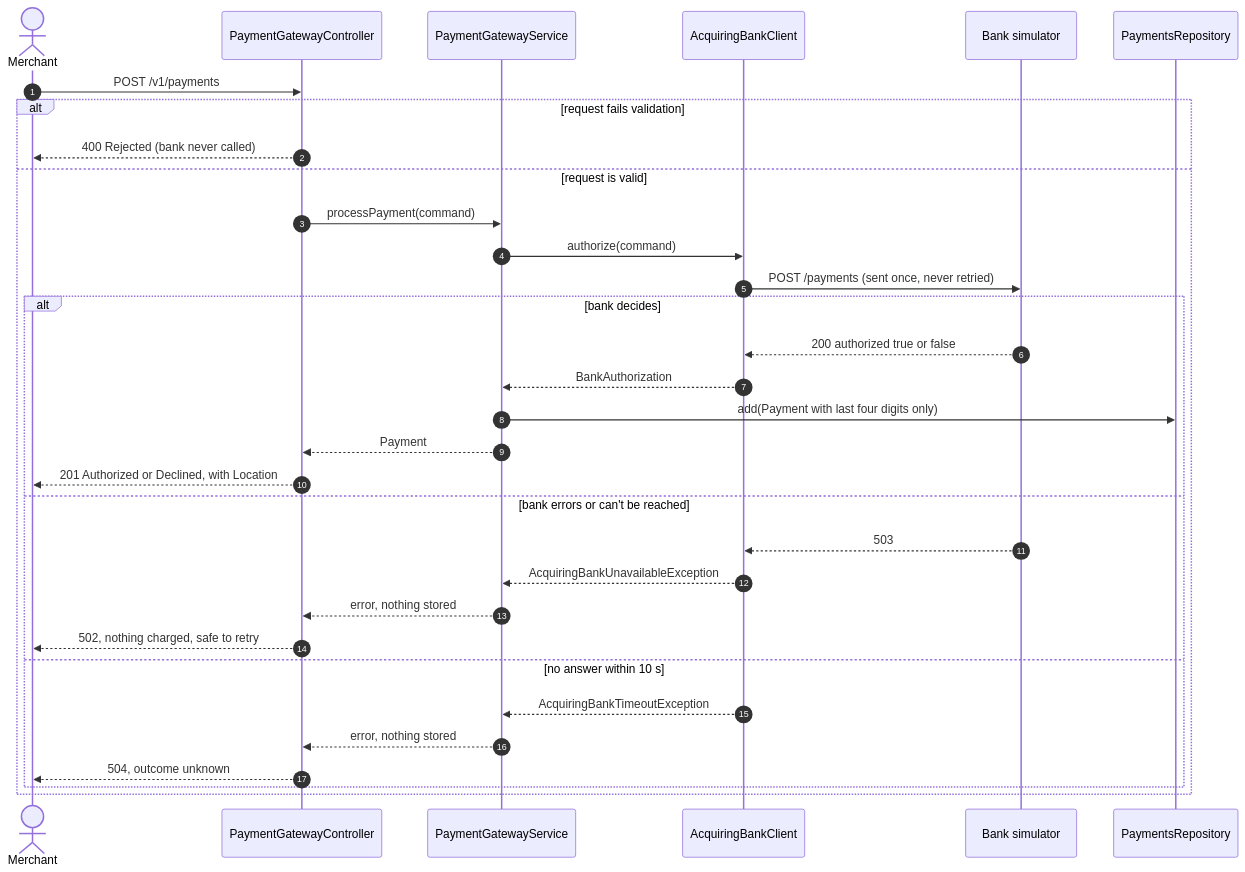
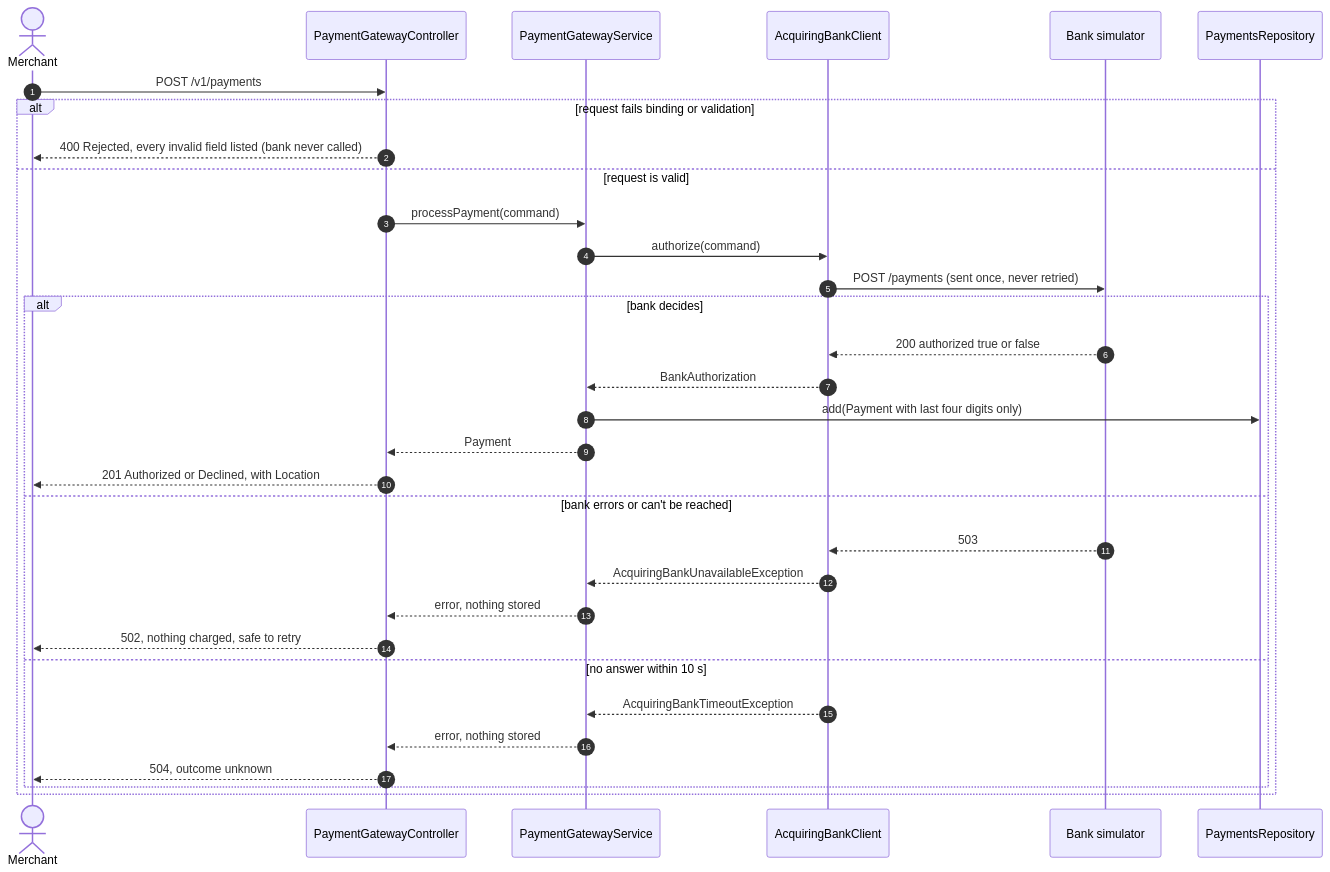
Before and after one commit to TheDebugMechanic/payment-gateway-challenge-java: the second of 2 diagrams in docs/DESIGN.md, drawn with Mermaid. The commit also changed other lines of this file and 4 other files, not shown here.

````diff
--- a/docs/DESIGN.md
+++ b/docs/DESIGN.md
@@ -65,35 +65,35 @@
 ```mermaid
 sequenceDiagram
     autonumber
     actor M as Merchant
     participant C as PaymentGatewayController
     participant S as PaymentGatewayService
     participant B as AcquiringBankClient
     participant Bank as Bank simulator
     participant R as PaymentsRepository
 
     M->>C: POST /v1/payments
-    alt request fails validation
-        C-->>M: 400 Rejected (bank never called)
+    alt request fails binding or validation
+        C-->>M: 400 Rejected, every invalid field listed (bank never called)
     else request is valid
         C->>S: processPayment(command)
         S->>B: authorize(command)
         B->>Bank: POST /payments (sent once, never retried)
         alt bank decides
             Bank-->>B: 200 authorized true or false
             B-->>S: BankAuthorization
             S->>R: add(Payment with last four digits only)
             S-->>C: Payment
             C-->>M: 201 Authorized or Declined, with Location
         else bank errors or can't be reached
             Bank-->>B: 503
             B-->>S: AcquiringBankUnavailableException
             S-->>C: error, nothing stored
             C-->>M: 502, nothing charged, safe to retry
         else no answer within 10 s
             B-->>S: AcquiringBankTimeoutException
             S-->>C: error, nothing stored
             C-->>M: 504, outcome unknown
         end
     end
 ```
````
